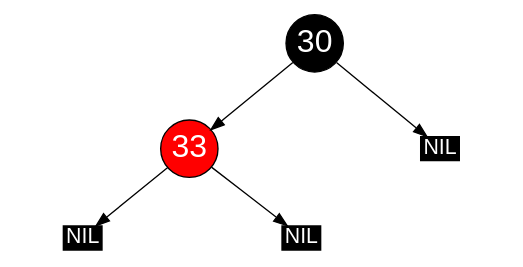
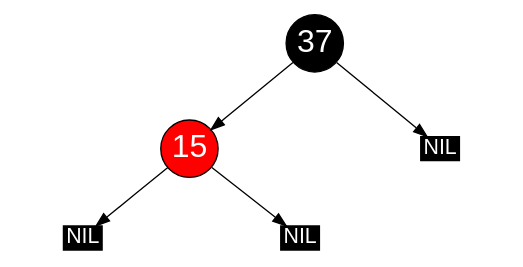
The diagram in wise2025/algorithmen_und_datenstrukturen/testat2/dot_output/tree_02.dot (gbshschmlu/hs_fulda), drawn with Graphviz before and after one commit. The commit also changed 46 other files, not shown here.

```diff
--- a/wise2025/algorithmen_und_datenstrukturen/testat2/dot_output/tree_02.dot
+++ b/wise2025/algorithmen_und_datenstrukturen/testat2/dot_output/tree_02.dot
@@ -1,18 +1,18 @@
 // Red Black Tree
 digraph G {
 	graph [ratio=.48];
 	node [style=filled, color=black, shape=circle, width=.6
 		fontname=Helvetica, fontweight=bold, fontcolor=white,
 		fontsize=24, fixedsize=true];
 
-	33
-	[fillcolor=red];
+	n0 [label="37"];
+	n1 [label="15", fillcolor=red];
+	nil0 [label="NIL", shape=record, width=.4, height=.25, fontsize=16];
+	nil1 [label="NIL", shape=record, width=.4, height=.25, fontsize=16];
+	nil2 [label="NIL", shape=record, width=.4, height=.25, fontsize=16];
 
-	nil0, nil1, nil2
-	[label="NIL", shape=record, width=.4, height=.25, fontsize=16];
-
-	30 -> nil0;
-	30 -> 33;
-	33 -> nil1;
-	33 -> nil2;
+	n1 -> nil0;
+	n1 -> nil1;
+	n0 -> n1;
+	n0 -> nil2;
 }
```
